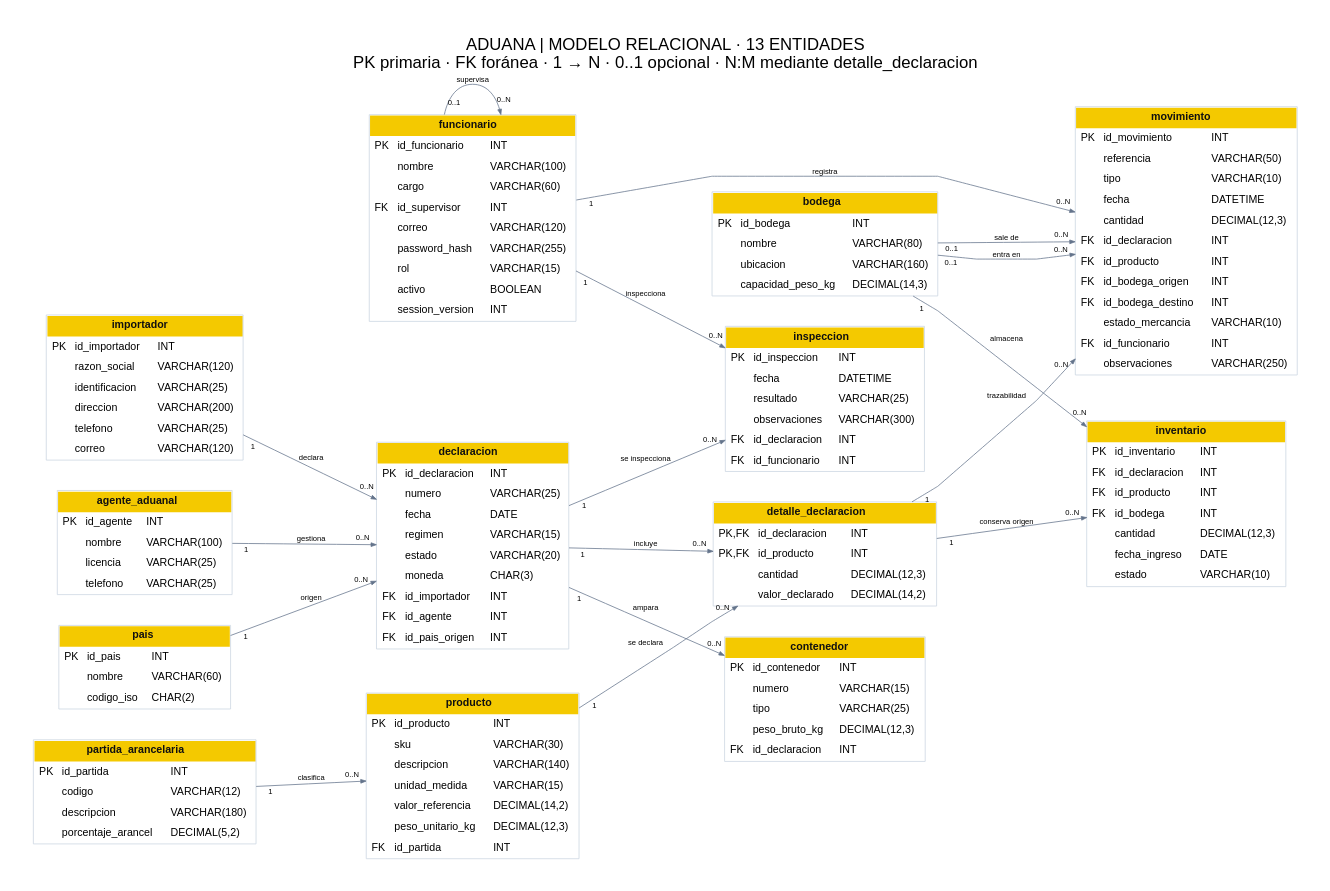
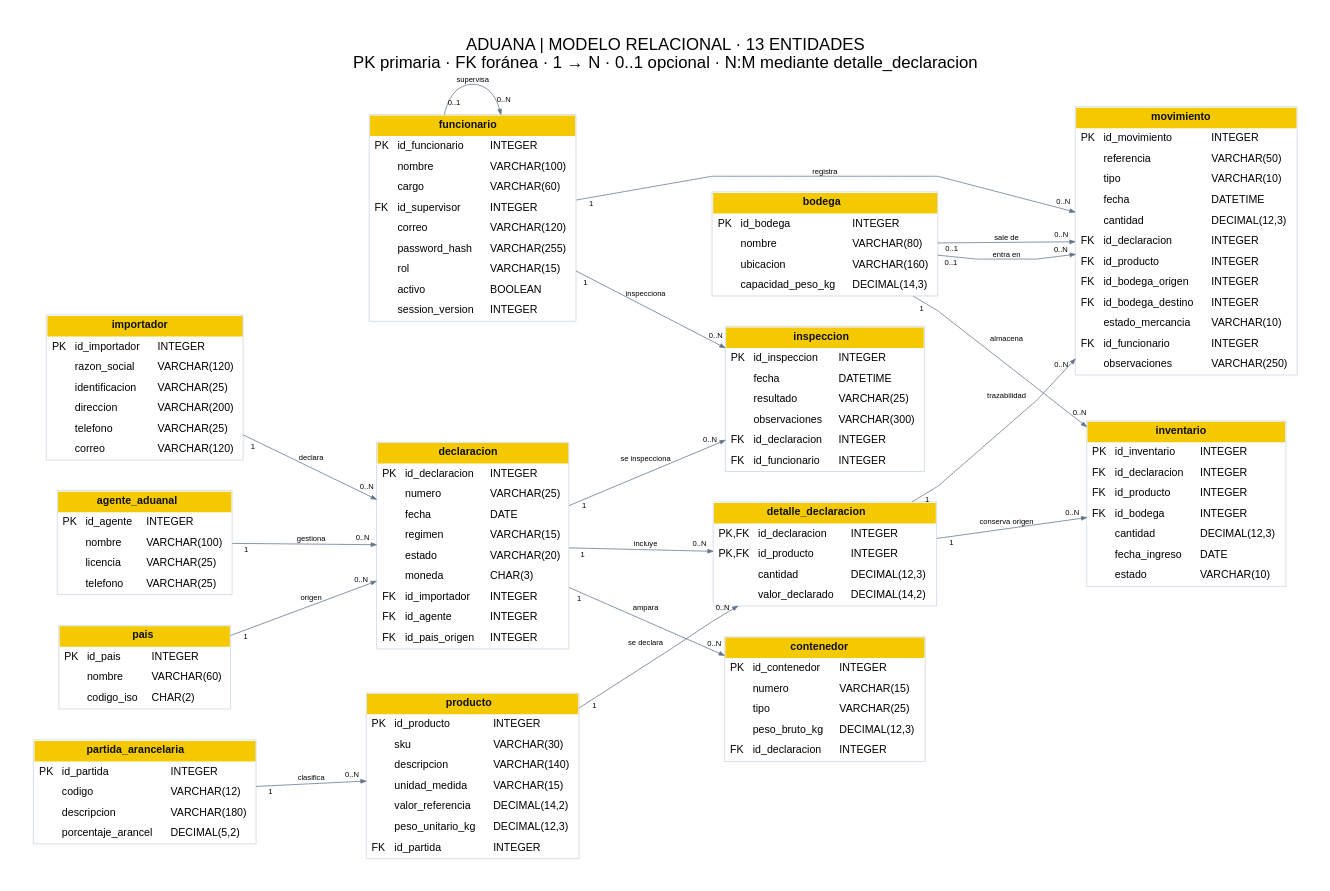
Before and after one commit to ErianFWD/Aduanas-lab: the diagram in diagrama/DER_Aduana_Lab3.dot, drawn with Graphviz. The commit also changed 32 other files, not shown here.

```diff
--- a/diagrama/DER_Aduana_Lab3.dot
+++ b/diagrama/DER_Aduana_Lab3.dot
@@ -3,19 +3,19 @@
 PK primaria · FK foránea · 1 → N · 0..1 opcional · N:M mediante detalle_declaracion", labelloc=t, fontsize=22];
 node [shape=plain fontname="Helvetica"];
 edge [fontname="Helvetica",fontsize=10,color="#64748b",arrowsize=0.7];
-pais [label=<<TABLE BORDER="1" COLOR="#cbd5e1" CELLBORDER="0" CELLSPACING="0" CELLPADDING="6"><TR><TD COLSPAN="3" BGCOLOR="#f4c900"><FONT COLOR="#101010"><B>pais</B></FONT></TD></TR><TR><TD ALIGN="LEFT">PK</TD><TD ALIGN="LEFT">id_pais</TD><TD ALIGN="LEFT">INT</TD></TR><TR><TD ALIGN="LEFT"> </TD><TD ALIGN="LEFT">nombre</TD><TD ALIGN="LEFT">VARCHAR(60)</TD></TR><TR><TD ALIGN="LEFT"> </TD><TD ALIGN="LEFT">codigo_iso</TD><TD ALIGN="LEFT">CHAR(2)</TD></TR></TABLE>>];
-importador [label=<<TABLE BORDER="1" COLOR="#cbd5e1" CELLBORDER="0" CELLSPACING="0" CELLPADDING="6"><TR><TD COLSPAN="3" BGCOLOR="#f4c900"><FONT COLOR="#101010"><B>importador</B></FONT></TD></TR><TR><TD ALIGN="LEFT">PK</TD><TD ALIGN="LEFT">id_importador</TD><TD ALIGN="LEFT">INT</TD></TR><TR><TD ALIGN="LEFT"> </TD><TD ALIGN="LEFT">razon_social</TD><TD ALIGN="LEFT">VARCHAR(120)</TD></TR><TR><TD ALIGN="LEFT"> </TD><TD ALIGN="LEFT">identificacion</TD><TD ALIGN="LEFT">VARCHAR(25)</TD></TR><TR><TD ALIGN="LEFT"> </TD><TD ALIGN="LEFT">direccion</TD><TD ALIGN="LEFT">VARCHAR(200)</TD></TR><TR><TD ALIGN="LEFT"> </TD><TD ALIGN="LEFT">telefono</TD><TD ALIGN="LEFT">VARCHAR(25)</TD></TR><TR><TD ALIGN="LEFT"> </TD><TD ALIGN="LEFT">correo</TD><TD ALIGN="LEFT">VARCHAR(120)</TD></TR></TABLE>>];
-agente_aduanal [label=<<TABLE BORDER="1" COLOR="#cbd5e1" CELLBORDER="0" CELLSPACING="0" CELLPADDING="6"><TR><TD COLSPAN="3" BGCOLOR="#f4c900"><FONT COLOR="#101010"><B>agente_aduanal</B></FONT></TD></TR><TR><TD ALIGN="LEFT">PK</TD><TD ALIGN="LEFT">id_agente</TD><TD ALIGN="LEFT">INT</TD></TR><TR><TD ALIGN="LEFT"> </TD><TD ALIGN="LEFT">nombre</TD><TD ALIGN="LEFT">VARCHAR(100)</TD></TR><TR><TD ALIGN="LEFT"> </TD><TD ALIGN="LEFT">licencia</TD><TD ALIGN="LEFT">VARCHAR(25)</TD></TR><TR><TD ALIGN="LEFT"> </TD><TD ALIGN="LEFT">telefono</TD><TD ALIGN="LEFT">VARCHAR(25)</TD></TR></TABLE>>];
-partida_arancelaria [label=<<TABLE BORDER="1" COLOR="#cbd5e1" CELLBORDER="0" CELLSPACING="0" CELLPADDING="6"><TR><TD COLSPAN="3" BGCOLOR="#f4c900"><FONT COLOR="#101010"><B>partida_arancelaria</B></FONT></TD></TR><TR><TD ALIGN="LEFT">PK</TD><TD ALIGN="LEFT">id_partida</TD><TD ALIGN="LEFT">INT</TD></TR><TR><TD ALIGN="LEFT"> </TD><TD ALIGN="LEFT">codigo</TD><TD ALIGN="LEFT">VARCHAR(12)</TD></TR><TR><TD ALIGN="LEFT"> </TD><TD ALIGN="LEFT">descripcion</TD><TD ALIGN="LEFT">VARCHAR(180)</TD></TR><TR><TD ALIGN="LEFT"> </TD><TD ALIGN="LEFT">porcentaje_arancel</TD><TD ALIGN="LEFT">DECIMAL(5,2)</TD></TR></TABLE>>];
-producto [label=<<TABLE BORDER="1" COLOR="#cbd5e1" CELLBORDER="0" CELLSPACING="0" CELLPADDING="6"><TR><TD COLSPAN="3" BGCOLOR="#f4c900"><FONT COLOR="#101010"><B>producto</B></FONT></TD></TR><TR><TD ALIGN="LEFT">PK</TD><TD ALIGN="LEFT">id_producto</TD><TD ALIGN="LEFT">INT</TD></TR><TR><TD ALIGN="LEFT"> </TD><TD ALIGN="LEFT">sku</TD><TD ALIGN="LEFT">VARCHAR(30)</TD></TR><TR><TD ALIGN="LEFT"> </TD><TD ALIGN="LEFT">descripcion</TD><TD ALIGN="LEFT">VARCHAR(140)</TD></TR><TR><TD ALIGN="LEFT"> </TD><TD ALIGN="LEFT">unidad_medida</TD><TD ALIGN="LEFT">VARCHAR(15)</TD></TR><TR><TD ALIGN="LEFT"> </TD><TD ALIGN="LEFT">valor_referencia</TD><TD ALIGN="LEFT">DECIMAL(14,2)</TD></TR><TR><TD ALIGN="LEFT"> </TD><TD ALIGN="LEFT">peso_unitario_kg</TD><TD ALIGN="LEFT">DECIMAL(12,3)</TD></TR><TR><TD ALIGN="LEFT">FK</TD><TD ALIGN="LEFT">id_partida</TD><TD ALIGN="LEFT">INT</TD></TR></TABLE>>];
-funcionario [label=<<TABLE BORDER="1" COLOR="#cbd5e1" CELLBORDER="0" CELLSPACING="0" CELLPADDING="6"><TR><TD COLSPAN="3" BGCOLOR="#f4c900"><FONT COLOR="#101010"><B>funcionario</B></FONT></TD></TR><TR><TD ALIGN="LEFT">PK</TD><TD ALIGN="LEFT">id_funcionario</TD><TD ALIGN="LEFT">INT</TD></TR><TR><TD ALIGN="LEFT"> </TD><TD ALIGN="LEFT">nombre</TD><TD ALIGN="LEFT">VARCHAR(100)</TD></TR><TR><TD ALIGN="LEFT"> </TD><TD ALIGN="LEFT">cargo</TD><TD ALIGN="LEFT">VARCHAR(60)</TD></TR><TR><TD ALIGN="LEFT">FK</TD><TD ALIGN="LEFT">id_supervisor</TD><TD ALIGN="LEFT">INT</TD></TR><TR><TD ALIGN="LEFT"> </TD><TD ALIGN="LEFT">correo</TD><TD ALIGN="LEFT">VARCHAR(120)</TD></TR><TR><TD ALIGN="LEFT"> </TD><TD ALIGN="LEFT">password_hash</TD><TD ALIGN="LEFT">VARCHAR(255)</TD></TR><TR><TD ALIGN="LEFT"> </TD><TD ALIGN="LEFT">rol</TD><TD ALIGN="LEFT">VARCHAR(15)</TD></TR><TR><TD ALIGN="LEFT"> </TD><TD ALIGN="LEFT">activo</TD><TD ALIGN="LEFT">BOOLEAN</TD></TR><TR><TD ALIGN="LEFT"> </TD><TD ALIGN="LEFT">session_version</TD><TD ALIGN="LEFT">INT</TD></TR></TABLE>>];
-declaracion [label=<<TABLE BORDER="1" COLOR="#cbd5e1" CELLBORDER="0" CELLSPACING="0" CELLPADDING="6"><TR><TD COLSPAN="3" BGCOLOR="#f4c900"><FONT COLOR="#101010"><B>declaracion</B></FONT></TD></TR><TR><TD ALIGN="LEFT">PK</TD><TD ALIGN="LEFT">id_declaracion</TD><TD ALIGN="LEFT">INT</TD></TR><TR><TD ALIGN="LEFT"> </TD><TD ALIGN="LEFT">numero</TD><TD ALIGN="LEFT">VARCHAR(25)</TD></TR><TR><TD ALIGN="LEFT"> </TD><TD ALIGN="LEFT">fecha</TD><TD ALIGN="LEFT">DATE</TD></TR><TR><TD ALIGN="LEFT"> </TD><TD ALIGN="LEFT">regimen</TD><TD ALIGN="LEFT">VARCHAR(15)</TD></TR><TR><TD ALIGN="LEFT"> </TD><TD ALIGN="LEFT">estado</TD><TD ALIGN="LEFT">VARCHAR(20)</TD></TR><TR><TD ALIGN="LEFT"> </TD><TD ALIGN="LEFT">moneda</TD><TD ALIGN="LEFT">CHAR(3)</TD></TR><TR><TD ALIGN="LEFT">FK</TD><TD ALIGN="LEFT">id_importador</TD><TD ALIGN="LEFT">INT</TD></TR><TR><TD ALIGN="LEFT">FK</TD><TD ALIGN="LEFT">id_agente</TD><TD ALIGN="LEFT">INT</TD></TR><TR><TD ALIGN="LEFT">FK</TD><TD ALIGN="LEFT">id_pais_origen</TD><TD ALIGN="LEFT">INT</TD></TR></TABLE>>];
-detalle_declaracion [label=<<TABLE BORDER="1" COLOR="#cbd5e1" CELLBORDER="0" CELLSPACING="0" CELLPADDING="6"><TR><TD COLSPAN="3" BGCOLOR="#f4c900"><FONT COLOR="#101010"><B>detalle_declaracion</B></FONT></TD></TR><TR><TD ALIGN="LEFT">PK,FK</TD><TD ALIGN="LEFT">id_declaracion</TD><TD ALIGN="LEFT">INT</TD></TR><TR><TD ALIGN="LEFT">PK,FK</TD><TD ALIGN="LEFT">id_producto</TD><TD ALIGN="LEFT">INT</TD></TR><TR><TD ALIGN="LEFT"> </TD><TD ALIGN="LEFT">cantidad</TD><TD ALIGN="LEFT">DECIMAL(12,3)</TD></TR><TR><TD ALIGN="LEFT"> </TD><TD ALIGN="LEFT">valor_declarado</TD><TD ALIGN="LEFT">DECIMAL(14,2)</TD></TR></TABLE>>];
-contenedor [label=<<TABLE BORDER="1" COLOR="#cbd5e1" CELLBORDER="0" CELLSPACING="0" CELLPADDING="6"><TR><TD COLSPAN="3" BGCOLOR="#f4c900"><FONT COLOR="#101010"><B>contenedor</B></FONT></TD></TR><TR><TD ALIGN="LEFT">PK</TD><TD ALIGN="LEFT">id_contenedor</TD><TD ALIGN="LEFT">INT</TD></TR><TR><TD ALIGN="LEFT"> </TD><TD ALIGN="LEFT">numero</TD><TD ALIGN="LEFT">VARCHAR(15)</TD></TR><TR><TD ALIGN="LEFT"> </TD><TD ALIGN="LEFT">tipo</TD><TD ALIGN="LEFT">VARCHAR(25)</TD></TR><TR><TD ALIGN="LEFT"> </TD><TD ALIGN="LEFT">peso_bruto_kg</TD><TD ALIGN="LEFT">DECIMAL(12,3)</TD></TR><TR><TD ALIGN="LEFT">FK</TD><TD ALIGN="LEFT">id_declaracion</TD><TD ALIGN="LEFT">INT</TD></TR></TABLE>>];
-bodega [label=<<TABLE BORDER="1" COLOR="#cbd5e1" CELLBORDER="0" CELLSPACING="0" CELLPADDING="6"><TR><TD COLSPAN="3" BGCOLOR="#f4c900"><FONT COLOR="#101010"><B>bodega</B></FONT></TD></TR><TR><TD ALIGN="LEFT">PK</TD><TD ALIGN="LEFT">id_bodega</TD><TD ALIGN="LEFT">INT</TD></TR><TR><TD ALIGN="LEFT"> </TD><TD ALIGN="LEFT">nombre</TD><TD ALIGN="LEFT">VARCHAR(80)</TD></TR><TR><TD ALIGN="LEFT"> </TD><TD ALIGN="LEFT">ubicacion</TD><TD ALIGN="LEFT">VARCHAR(160)</TD></TR><TR><TD ALIGN="LEFT"> </TD><TD ALIGN="LEFT">capacidad_peso_kg</TD><TD ALIGN="LEFT">DECIMAL(14,3)</TD></TR></TABLE>>];
-inventario [label=<<TABLE BORDER="1" COLOR="#cbd5e1" CELLBORDER="0" CELLSPACING="0" CELLPADDING="6"><TR><TD COLSPAN="3" BGCOLOR="#f4c900"><FONT COLOR="#101010"><B>inventario</B></FONT></TD></TR><TR><TD ALIGN="LEFT">PK</TD><TD ALIGN="LEFT">id_inventario</TD><TD ALIGN="LEFT">INT</TD></TR><TR><TD ALIGN="LEFT">FK</TD><TD ALIGN="LEFT">id_declaracion</TD><TD ALIGN="LEFT">INT</TD></TR><TR><TD ALIGN="LEFT">FK</TD><TD ALIGN="LEFT">id_producto</TD><TD ALIGN="LEFT">INT</TD></TR><TR><TD ALIGN="LEFT">FK</TD><TD ALIGN="LEFT">id_bodega</TD><TD ALIGN="LEFT">INT</TD></TR><TR><TD ALIGN="LEFT"> </TD><TD ALIGN="LEFT">cantidad</TD><TD ALIGN="LEFT">DECIMAL(12,3)</TD></TR><TR><TD ALIGN="LEFT"> </TD><TD ALIGN="LEFT">fecha_ingreso</TD><TD ALIGN="LEFT">DATE</TD></TR><TR><TD ALIGN="LEFT"> </TD><TD ALIGN="LEFT">estado</TD><TD ALIGN="LEFT">VARCHAR(10)</TD></TR></TABLE>>];
-movimiento [label=<<TABLE BORDER="1" COLOR="#cbd5e1" CELLBORDER="0" CELLSPACING="0" CELLPADDING="6"><TR><TD COLSPAN="3" BGCOLOR="#f4c900"><FONT COLOR="#101010"><B>movimiento</B></FONT></TD></TR><TR><TD ALIGN="LEFT">PK</TD><TD ALIGN="LEFT">id_movimiento</TD><TD ALIGN="LEFT">INT</TD></TR><TR><TD ALIGN="LEFT"> </TD><TD ALIGN="LEFT">referencia</TD><TD ALIGN="LEFT">VARCHAR(50)</TD></TR><TR><TD ALIGN="LEFT"> </TD><TD ALIGN="LEFT">tipo</TD><TD ALIGN="LEFT">VARCHAR(10)</TD></TR><TR><TD ALIGN="LEFT"> </TD><TD ALIGN="LEFT">fecha</TD><TD ALIGN="LEFT">DATETIME</TD></TR><TR><TD ALIGN="LEFT"> </TD><TD ALIGN="LEFT">cantidad</TD><TD ALIGN="LEFT">DECIMAL(12,3)</TD></TR><TR><TD ALIGN="LEFT">FK</TD><TD ALIGN="LEFT">id_declaracion</TD><TD ALIGN="LEFT">INT</TD></TR><TR><TD ALIGN="LEFT">FK</TD><TD ALIGN="LEFT">id_producto</TD><TD ALIGN="LEFT">INT</TD></TR><TR><TD ALIGN="LEFT">FK</TD><TD ALIGN="LEFT">id_bodega_origen</TD><TD ALIGN="LEFT">INT</TD></TR><TR><TD ALIGN="LEFT">FK</TD><TD ALIGN="LEFT">id_bodega_destino</TD><TD ALIGN="LEFT">INT</TD></TR><TR><TD ALIGN="LEFT"> </TD><TD ALIGN="LEFT">estado_mercancia</TD><TD ALIGN="LEFT">VARCHAR(10)</TD></TR><TR><TD ALIGN="LEFT">FK</TD><TD ALIGN="LEFT">id_funcionario</TD><TD ALIGN="LEFT">INT</TD></TR><TR><TD ALIGN="LEFT"> </TD><TD ALIGN="LEFT">observaciones</TD><TD ALIGN="LEFT">VARCHAR(250)</TD></TR></TABLE>>];
-inspeccion [label=<<TABLE BORDER="1" COLOR="#cbd5e1" CELLBORDER="0" CELLSPACING="0" CELLPADDING="6"><TR><TD COLSPAN="3" BGCOLOR="#f4c900"><FONT COLOR="#101010"><B>inspeccion</B></FONT></TD></TR><TR><TD ALIGN="LEFT">PK</TD><TD ALIGN="LEFT">id_inspeccion</TD><TD ALIGN="LEFT">INT</TD></TR><TR><TD ALIGN="LEFT"> </TD><TD ALIGN="LEFT">fecha</TD><TD ALIGN="LEFT">DATETIME</TD></TR><TR><TD ALIGN="LEFT"> </TD><TD ALIGN="LEFT">resultado</TD><TD ALIGN="LEFT">VARCHAR(25)</TD></TR><TR><TD ALIGN="LEFT"> </TD><TD ALIGN="LEFT">observaciones</TD><TD ALIGN="LEFT">VARCHAR(300)</TD></TR><TR><TD ALIGN="LEFT">FK</TD><TD ALIGN="LEFT">id_declaracion</TD><TD ALIGN="LEFT">INT</TD></TR><TR><TD ALIGN="LEFT">FK</TD><TD ALIGN="LEFT">id_funcionario</TD><TD ALIGN="LEFT">INT</TD></TR></TABLE>>];
+pais [label=<<TABLE BORDER="1" COLOR="#cbd5e1" CELLBORDER="0" CELLSPACING="0" CELLPADDING="6"><TR><TD COLSPAN="3" BGCOLOR="#f4c900"><FONT COLOR="#101010"><B>pais</B></FONT></TD></TR><TR><TD ALIGN="LEFT">PK</TD><TD ALIGN="LEFT">id_pais</TD><TD ALIGN="LEFT">INTEGER</TD></TR><TR><TD ALIGN="LEFT"> </TD><TD ALIGN="LEFT">nombre</TD><TD ALIGN="LEFT">VARCHAR(60)</TD></TR><TR><TD ALIGN="LEFT"> </TD><TD ALIGN="LEFT">codigo_iso</TD><TD ALIGN="LEFT">CHAR(2)</TD></TR></TABLE>>];
+importador [label=<<TABLE BORDER="1" COLOR="#cbd5e1" CELLBORDER="0" CELLSPACING="0" CELLPADDING="6"><TR><TD COLSPAN="3" BGCOLOR="#f4c900"><FONT COLOR="#101010"><B>importador</B></FONT></TD></TR><TR><TD ALIGN="LEFT">PK</TD><TD ALIGN="LEFT">id_importador</TD><TD ALIGN="LEFT">INTEGER</TD></TR><TR><TD ALIGN="LEFT"> </TD><TD ALIGN="LEFT">razon_social</TD><TD ALIGN="LEFT">VARCHAR(120)</TD></TR><TR><TD ALIGN="LEFT"> </TD><TD ALIGN="LEFT">identificacion</TD><TD ALIGN="LEFT">VARCHAR(25)</TD></TR><TR><TD ALIGN="LEFT"> </TD><TD ALIGN="LEFT">direccion</TD><TD ALIGN="LEFT">VARCHAR(200)</TD></TR><TR><TD ALIGN="LEFT"> </TD><TD ALIGN="LEFT">telefono</TD><TD ALIGN="LEFT">VARCHAR(25)</TD></TR><TR><TD ALIGN="LEFT"> </TD><TD ALIGN="LEFT">correo</TD><TD ALIGN="LEFT">VARCHAR(120)</TD></TR></TABLE>>];
+agente_aduanal [label=<<TABLE BORDER="1" COLOR="#cbd5e1" CELLBORDER="0" CELLSPACING="0" CELLPADDING="6"><TR><TD COLSPAN="3" BGCOLOR="#f4c900"><FONT COLOR="#101010"><B>agente_aduanal</B></FONT></TD></TR><TR><TD ALIGN="LEFT">PK</TD><TD ALIGN="LEFT">id_agente</TD><TD ALIGN="LEFT">INTEGER</TD></TR><TR><TD ALIGN="LEFT"> </TD><TD ALIGN="LEFT">nombre</TD><TD ALIGN="LEFT">VARCHAR(100)</TD></TR><TR><TD ALIGN="LEFT"> </TD><TD ALIGN="LEFT">licencia</TD><TD ALIGN="LEFT">VARCHAR(25)</TD></TR><TR><TD ALIGN="LEFT"> </TD><TD ALIGN="LEFT">telefono</TD><TD ALIGN="LEFT">VARCHAR(25)</TD></TR></TABLE>>];
+partida_arancelaria [label=<<TABLE BORDER="1" COLOR="#cbd5e1" CELLBORDER="0" CELLSPACING="0" CELLPADDING="6"><TR><TD COLSPAN="3" BGCOLOR="#f4c900"><FONT COLOR="#101010"><B>partida_arancelaria</B></FONT></TD></TR><TR><TD ALIGN="LEFT">PK</TD><TD ALIGN="LEFT">id_partida</TD><TD ALIGN="LEFT">INTEGER</TD></TR><TR><TD ALIGN="LEFT"> </TD><TD ALIGN="LEFT">codigo</TD><TD ALIGN="LEFT">VARCHAR(12)</TD></TR><TR><TD ALIGN="LEFT"> </TD><TD ALIGN="LEFT">descripcion</TD><TD ALIGN="LEFT">VARCHAR(180)</TD></TR><TR><TD ALIGN="LEFT"> </TD><TD ALIGN="LEFT">porcentaje_arancel</TD><TD ALIGN="LEFT">DECIMAL(5,2)</TD></TR></TABLE>>];
+producto [label=<<TABLE BORDER="1" COLOR="#cbd5e1" CELLBORDER="0" CELLSPACING="0" CELLPADDING="6"><TR><TD COLSPAN="3" BGCOLOR="#f4c900"><FONT COLOR="#101010"><B>producto</B></FONT></TD></TR><TR><TD ALIGN="LEFT">PK</TD><TD ALIGN="LEFT">id_producto</TD><TD ALIGN="LEFT">INTEGER</TD></TR><TR><TD ALIGN="LEFT"> </TD><TD ALIGN="LEFT">sku</TD><TD ALIGN="LEFT">VARCHAR(30)</TD></TR><TR><TD ALIGN="LEFT"> </TD><TD ALIGN="LEFT">descripcion</TD><TD ALIGN="LEFT">VARCHAR(140)</TD></TR><TR><TD ALIGN="LEFT"> </TD><TD ALIGN="LEFT">unidad_medida</TD><TD ALIGN="LEFT">VARCHAR(15)</TD></TR><TR><TD ALIGN="LEFT"> </TD><TD ALIGN="LEFT">valor_referencia</TD><TD ALIGN="LEFT">DECIMAL(14,2)</TD></TR><TR><TD ALIGN="LEFT"> </TD><TD ALIGN="LEFT">peso_unitario_kg</TD><TD ALIGN="LEFT">DECIMAL(12,3)</TD></TR><TR><TD ALIGN="LEFT">FK</TD><TD ALIGN="LEFT">id_partida</TD><TD ALIGN="LEFT">INTEGER</TD></TR></TABLE>>];
+funcionario [label=<<TABLE BORDER="1" COLOR="#cbd5e1" CELLBORDER="0" CELLSPACING="0" CELLPADDING="6"><TR><TD COLSPAN="3" BGCOLOR="#f4c900"><FONT COLOR="#101010"><B>funcionario</B></FONT></TD></TR><TR><TD ALIGN="LEFT">PK</TD><TD ALIGN="LEFT">id_funcionario</TD><TD ALIGN="LEFT">INTEGER</TD></TR><TR><TD ALIGN="LEFT"> </TD><TD ALIGN="LEFT">nombre</TD><TD ALIGN="LEFT">VARCHAR(100)</TD></TR><TR><TD ALIGN="LEFT"> </TD><TD ALIGN="LEFT">cargo</TD><TD ALIGN="LEFT">VARCHAR(60)</TD></TR><TR><TD ALIGN="LEFT">FK</TD><TD ALIGN="LEFT">id_supervisor</TD><TD ALIGN="LEFT">INTEGER</TD></TR><TR><TD ALIGN="LEFT"> </TD><TD ALIGN="LEFT">correo</TD><TD ALIGN="LEFT">VARCHAR(120)</TD></TR><TR><TD ALIGN="LEFT"> </TD><TD ALIGN="LEFT">password_hash</TD><TD ALIGN="LEFT">VARCHAR(255)</TD></TR><TR><TD ALIGN="LEFT"> </TD><TD ALIGN="LEFT">rol</TD><TD ALIGN="LEFT">VARCHAR(15)</TD></TR><TR><TD ALIGN="LEFT"> </TD><TD ALIGN="LEFT">activo</TD><TD ALIGN="LEFT">BOOLEAN</TD></TR><TR><TD ALIGN="LEFT"> </TD><TD ALIGN="LEFT">session_version</TD><TD ALIGN="LEFT">INTEGER</TD></TR></TABLE>>];
+declaracion [label=<<TABLE BORDER="1" COLOR="#cbd5e1" CELLBORDER="0" CELLSPACING="0" CELLPADDING="6"><TR><TD COLSPAN="3" BGCOLOR="#f4c900"><FONT COLOR="#101010"><B>declaracion</B></FONT></TD></TR><TR><TD ALIGN="LEFT">PK</TD><TD ALIGN="LEFT">id_declaracion</TD><TD ALIGN="LEFT">INTEGER</TD></TR><TR><TD ALIGN="LEFT"> </TD><TD ALIGN="LEFT">numero</TD><TD ALIGN="LEFT">VARCHAR(25)</TD></TR><TR><TD ALIGN="LEFT"> </TD><TD ALIGN="LEFT">fecha</TD><TD ALIGN="LEFT">DATE</TD></TR><TR><TD ALIGN="LEFT"> </TD><TD ALIGN="LEFT">regimen</TD><TD ALIGN="LEFT">VARCHAR(15)</TD></TR><TR><TD ALIGN="LEFT"> </TD><TD ALIGN="LEFT">estado</TD><TD ALIGN="LEFT">VARCHAR(20)</TD></TR><TR><TD ALIGN="LEFT"> </TD><TD ALIGN="LEFT">moneda</TD><TD ALIGN="LEFT">CHAR(3)</TD></TR><TR><TD ALIGN="LEFT">FK</TD><TD ALIGN="LEFT">id_importador</TD><TD ALIGN="LEFT">INTEGER</TD></TR><TR><TD ALIGN="LEFT">FK</TD><TD ALIGN="LEFT">id_agente</TD><TD ALIGN="LEFT">INTEGER</TD></TR><TR><TD ALIGN="LEFT">FK</TD><TD ALIGN="LEFT">id_pais_origen</TD><TD ALIGN="LEFT">INTEGER</TD></TR></TABLE>>];
+detalle_declaracion [label=<<TABLE BORDER="1" COLOR="#cbd5e1" CELLBORDER="0" CELLSPACING="0" CELLPADDING="6"><TR><TD COLSPAN="3" BGCOLOR="#f4c900"><FONT COLOR="#101010"><B>detalle_declaracion</B></FONT></TD></TR><TR><TD ALIGN="LEFT">PK,FK</TD><TD ALIGN="LEFT">id_declaracion</TD><TD ALIGN="LEFT">INTEGER</TD></TR><TR><TD ALIGN="LEFT">PK,FK</TD><TD ALIGN="LEFT">id_producto</TD><TD ALIGN="LEFT">INTEGER</TD></TR><TR><TD ALIGN="LEFT"> </TD><TD ALIGN="LEFT">cantidad</TD><TD ALIGN="LEFT">DECIMAL(12,3)</TD></TR><TR><TD ALIGN="LEFT"> </TD><TD ALIGN="LEFT">valor_declarado</TD><TD ALIGN="LEFT">DECIMAL(14,2)</TD></TR></TABLE>>];
+contenedor [label=<<TABLE BORDER="1" COLOR="#cbd5e1" CELLBORDER="0" CELLSPACING="0" CELLPADDING="6"><TR><TD COLSPAN="3" BGCOLOR="#f4c900"><FONT COLOR="#101010"><B>contenedor</B></FONT></TD></TR><TR><TD ALIGN="LEFT">PK</TD><TD ALIGN="LEFT">id_contenedor</TD><TD ALIGN="LEFT">INTEGER</TD></TR><TR><TD ALIGN="LEFT"> </TD><TD ALIGN="LEFT">numero</TD><TD ALIGN="LEFT">VARCHAR(15)</TD></TR><TR><TD ALIGN="LEFT"> </TD><TD ALIGN="LEFT">tipo</TD><TD ALIGN="LEFT">VARCHAR(25)</TD></TR><TR><TD ALIGN="LEFT"> </TD><TD ALIGN="LEFT">peso_bruto_kg</TD><TD ALIGN="LEFT">DECIMAL(12,3)</TD></TR><TR><TD ALIGN="LEFT">FK</TD><TD ALIGN="LEFT">id_declaracion</TD><TD ALIGN="LEFT">INTEGER</TD></TR></TABLE>>];
+bodega [label=<<TABLE BORDER="1" COLOR="#cbd5e1" CELLBORDER="0" CELLSPACING="0" CELLPADDING="6"><TR><TD COLSPAN="3" BGCOLOR="#f4c900"><FONT COLOR="#101010"><B>bodega</B></FONT></TD></TR><TR><TD ALIGN="LEFT">PK</TD><TD ALIGN="LEFT">id_bodega</TD><TD ALIGN="LEFT">INTEGER</TD></TR><TR><TD ALIGN="LEFT"> </TD><TD ALIGN="LEFT">nombre</TD><TD ALIGN="LEFT">VARCHAR(80)</TD></TR><TR><TD ALIGN="LEFT"> </TD><TD ALIGN="LEFT">ubicacion</TD><TD ALIGN="LEFT">VARCHAR(160)</TD></TR><TR><TD ALIGN="LEFT"> </TD><TD ALIGN="LEFT">capacidad_peso_kg</TD><TD ALIGN="LEFT">DECIMAL(14,3)</TD></TR></TABLE>>];
+inventario [label=<<TABLE BORDER="1" COLOR="#cbd5e1" CELLBORDER="0" CELLSPACING="0" CELLPADDING="6"><TR><TD COLSPAN="3" BGCOLOR="#f4c900"><FONT COLOR="#101010"><B>inventario</B></FONT></TD></TR><TR><TD ALIGN="LEFT">PK</TD><TD ALIGN="LEFT">id_inventario</TD><TD ALIGN="LEFT">INTEGER</TD></TR><TR><TD ALIGN="LEFT">FK</TD><TD ALIGN="LEFT">id_declaracion</TD><TD ALIGN="LEFT">INTEGER</TD></TR><TR><TD ALIGN="LEFT">FK</TD><TD ALIGN="LEFT">id_producto</TD><TD ALIGN="LEFT">INTEGER</TD></TR><TR><TD ALIGN="LEFT">FK</TD><TD ALIGN="LEFT">id_bodega</TD><TD ALIGN="LEFT">INTEGER</TD></TR><TR><TD ALIGN="LEFT"> </TD><TD ALIGN="LEFT">cantidad</TD><TD ALIGN="LEFT">DECIMAL(12,3)</TD></TR><TR><TD ALIGN="LEFT"> </TD><TD ALIGN="LEFT">fecha_ingreso</TD><TD ALIGN="LEFT">DATE</TD></TR><TR><TD ALIGN="LEFT"> </TD><TD ALIGN="LEFT">estado</TD><TD ALIGN="LEFT">VARCHAR(10)</TD></TR></TABLE>>];
+movimiento [label=<<TABLE BORDER="1" COLOR="#cbd5e1" CELLBORDER="0" CELLSPACING="0" CELLPADDING="6"><TR><TD COLSPAN="3" BGCOLOR="#f4c900"><FONT COLOR="#101010"><B>movimiento</B></FONT></TD></TR><TR><TD ALIGN="LEFT">PK</TD><TD ALIGN="LEFT">id_movimiento</TD><TD ALIGN="LEFT">INTEGER</TD></TR><TR><TD ALIGN="LEFT"> </TD><TD ALIGN="LEFT">referencia</TD><TD ALIGN="LEFT">VARCHAR(50)</TD></TR><TR><TD ALIGN="LEFT"> </TD><TD ALIGN="LEFT">tipo</TD><TD ALIGN="LEFT">VARCHAR(10)</TD></TR><TR><TD ALIGN="LEFT"> </TD><TD ALIGN="LEFT">fecha</TD><TD ALIGN="LEFT">DATETIME</TD></TR><TR><TD ALIGN="LEFT"> </TD><TD ALIGN="LEFT">cantidad</TD><TD ALIGN="LEFT">DECIMAL(12,3)</TD></TR><TR><TD ALIGN="LEFT">FK</TD><TD ALIGN="LEFT">id_declaracion</TD><TD ALIGN="LEFT">INTEGER</TD></TR><TR><TD ALIGN="LEFT">FK</TD><TD ALIGN="LEFT">id_producto</TD><TD ALIGN="LEFT">INTEGER</TD></TR><TR><TD ALIGN="LEFT">FK</TD><TD ALIGN="LEFT">id_bodega_origen</TD><TD ALIGN="LEFT">INTEGER</TD></TR><TR><TD ALIGN="LEFT">FK</TD><TD ALIGN="LEFT">id_bodega_destino</TD><TD ALIGN="LEFT">INTEGER</TD></TR><TR><TD ALIGN="LEFT"> </TD><TD ALIGN="LEFT">estado_mercancia</TD><TD ALIGN="LEFT">VARCHAR(10)</TD></TR><TR><TD ALIGN="LEFT">FK</TD><TD ALIGN="LEFT">id_funcionario</TD><TD ALIGN="LEFT">INTEGER</TD></TR><TR><TD ALIGN="LEFT"> </TD><TD ALIGN="LEFT">observaciones</TD><TD ALIGN="LEFT">VARCHAR(250)</TD></TR></TABLE>>];
+inspeccion [label=<<TABLE BORDER="1" COLOR="#cbd5e1" CELLBORDER="0" CELLSPACING="0" CELLPADDING="6"><TR><TD COLSPAN="3" BGCOLOR="#f4c900"><FONT COLOR="#101010"><B>inspeccion</B></FONT></TD></TR><TR><TD ALIGN="LEFT">PK</TD><TD ALIGN="LEFT">id_inspeccion</TD><TD ALIGN="LEFT">INTEGER</TD></TR><TR><TD ALIGN="LEFT"> </TD><TD ALIGN="LEFT">fecha</TD><TD ALIGN="LEFT">DATETIME</TD></TR><TR><TD ALIGN="LEFT"> </TD><TD ALIGN="LEFT">resultado</TD><TD ALIGN="LEFT">VARCHAR(25)</TD></TR><TR><TD ALIGN="LEFT"> </TD><TD ALIGN="LEFT">observaciones</TD><TD ALIGN="LEFT">VARCHAR(300)</TD></TR><TR><TD ALIGN="LEFT">FK</TD><TD ALIGN="LEFT">id_declaracion</TD><TD ALIGN="LEFT">INTEGER</TD></TR><TR><TD ALIGN="LEFT">FK</TD><TD ALIGN="LEFT">id_funcionario</TD><TD ALIGN="LEFT">INTEGER</TD></TR></TABLE>>];
 partida_arancelaria -> producto [label="clasifica", taillabel="1", headlabel="0..N", labeldistance=2];
 funcionario -> funcionario [label="supervisa", taillabel="0..1", headlabel="0..N", labeldistance=2];
 importador -> declaracion [label="declara", taillabel="1", headlabel="0..N", labeldistance=2];
```
